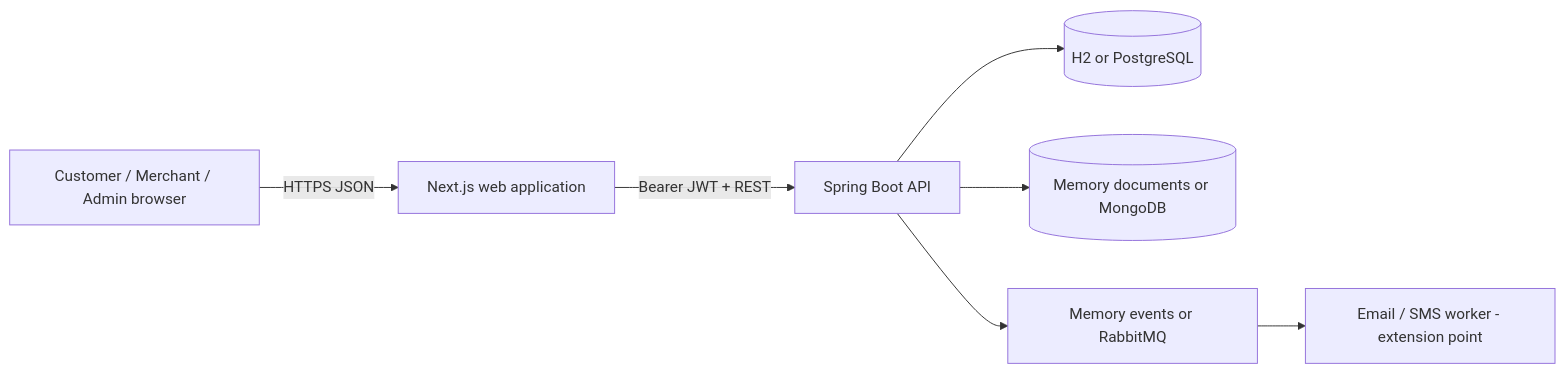
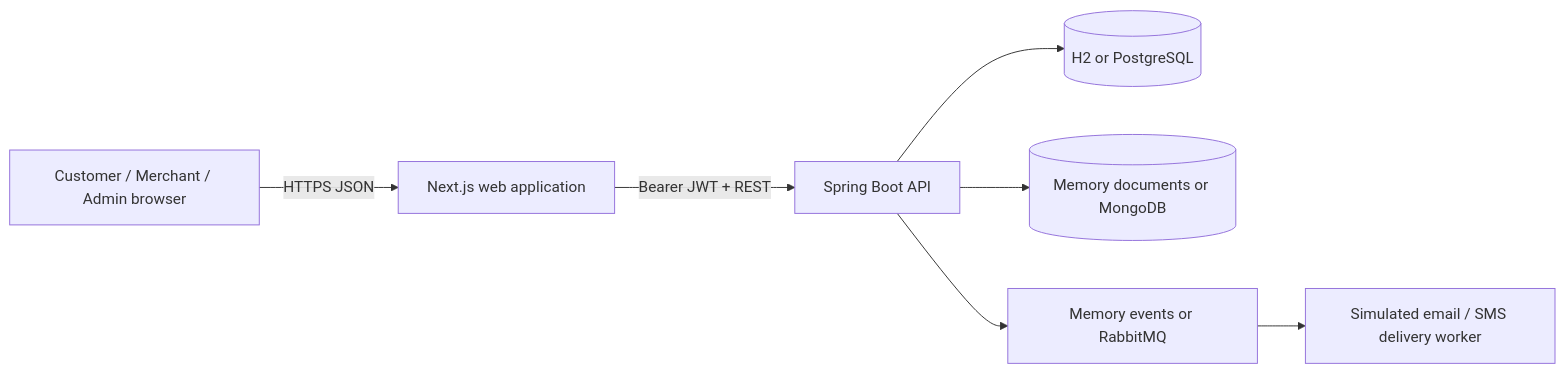
The fourth of 11 diagrams in docs/PROJECT_REPORT.md (pac-cee/TapWallet-springboot-AIC), drawn with Mermaid before and after one commit. The commit also changed other lines of this file and 52 other files, not shown here.

````diff
--- a/docs/PROJECT_REPORT.md
+++ b/docs/PROJECT_REPORT.md
@@ -318,9 +338,9 @@
 ```mermaid
 flowchart LR
   Browser[Customer / Merchant / Admin browser] -->|HTTPS JSON| Web[Next.js web application]
   Web -->|Bearer JWT + REST| API[Spring Boot API]
   API --> SQL[(H2 or PostgreSQL)]
   API --> DOC[(Memory documents or MongoDB)]
   API --> MQ[Memory events or RabbitMQ]
-  MQ --> Notify[Email / SMS worker - extension point]
+  MQ --> Notify[Simulated email / SMS delivery worker]
 ```
````
